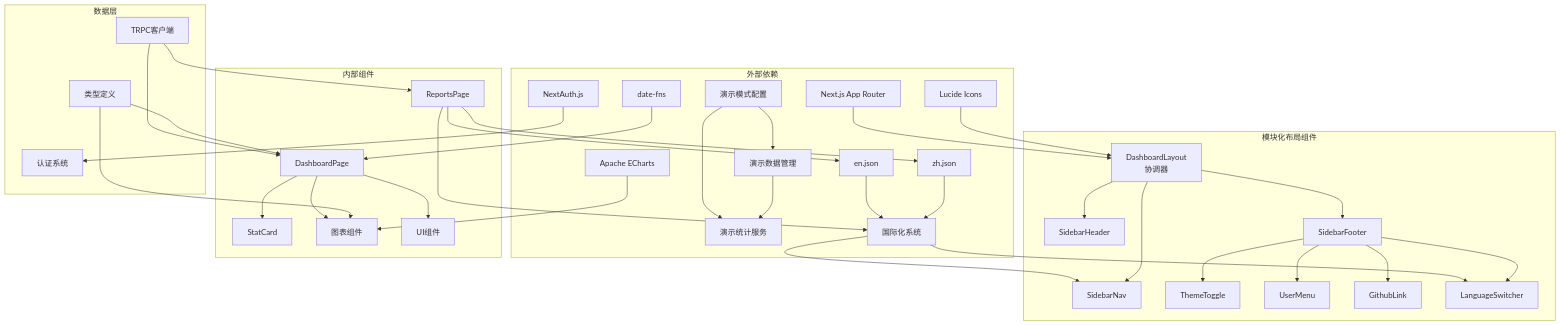
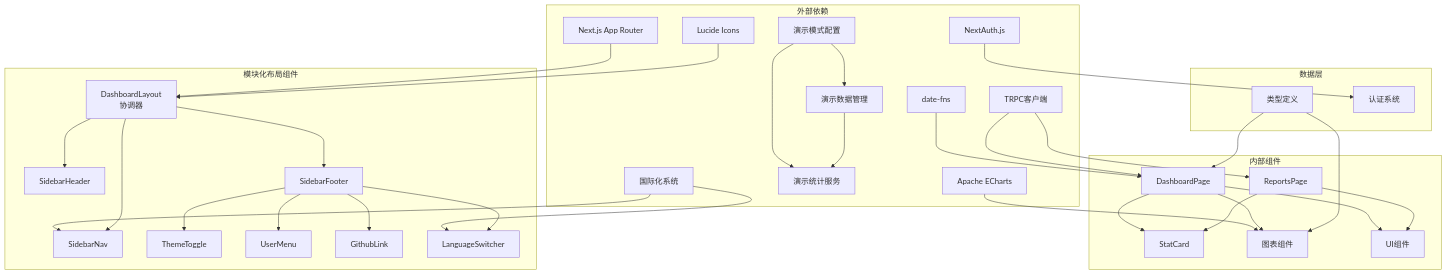
One commit to RadiumAg/AIGate changed diagram 20 of 20 in .qoder/repowiki/zh/content/前端组件/仪表板布局.md. Above: the diagram before and after it, drawn with Mermaid. The commit also changed other lines of this file and 21 other files, not shown here.

````diff
--- a/.qoder/repowiki/zh/content/前端组件/仪表板布局.md
+++ b/.qoder/repowiki/zh/content/前端组件/仪表板布局.md
@@ -938,67 +896,63 @@
 ```mermaid
 graph TB
 subgraph "外部依赖"
 NextJS["Next.js App Router"]
 Lucide["Lucide Icons"]
 ECharts["Apache ECharts"]
 DateFns["date-fns"]
 NextAuth["NextAuth.js"]
 DemoConfig["演示模式配置"]
 DemoData["演示数据管理"]
 DemoStats["演示统计服务"]
 I18n["国际化系统"]
-EnMessages["en.json"]
-ZhMessages["zh.json"]
+TRPC["tRPC客户端"]
 end
 subgraph "模块化布局组件"
 DashboardLayout["DashboardLayout<br/>协调器"]
 SidebarHeader["SidebarHeader"]
 SidebarNav["SidebarNav"]
 SidebarFooter["SidebarFooter"]
 ThemeToggle["ThemeToggle"]
 UserMenu["UserMenu"]
 GithubLink["GithubLink"]
 LanguageSwitcher["LanguageSwitcher"]
 end
 subgraph "内部组件"
 DashboardPage["DashboardPage"]
 ReportsPage["ReportsPage"]
 StatCard["StatCard"]
 Charts["图表组件"]
 UIComponents["UI组件"]
 end
 subgraph "数据层"
 TRPC["TRPC客户端"]
 Types["类型定义"]
 Auth["认证系统"]
 end
 NextJS --> DashboardLayout
 Lucide --> DashboardLayout
 ECharts --> Charts
 DateFns --> DashboardPage
 NextAuth --> Auth
 I18n --> SidebarNav
 I18n --> LanguageSwitcher
-EnMessages --> I18n
-ZhMessages --> I18n
 DashboardLayout --> SidebarHeader
 DashboardLayout --> SidebarNav
 DashboardLayout --> SidebarFooter
 SidebarFooter --> ThemeToggle
 SidebarFooter --> UserMenu
 SidebarFooter --> GithubLink
 SidebarFooter --> LanguageSwitcher
 DashboardPage --> StatCard
 DashboardPage --> Charts
 DashboardPage --> UIComponents
-ReportsPage --> I18n
-ReportsPage --> EnMessages
-ReportsPage --> ZhMessages
+ReportsPage --> StatCard
+ReportsPage --> UIComponents
 TRPC --> DashboardPage
 TRPC --> ReportsPage
 Types --> DashboardPage
 Types --> Charts
 DemoConfig --> DemoData
 DemoConfig --> DemoStats
 DemoData --> DemoStats
 ```
````
